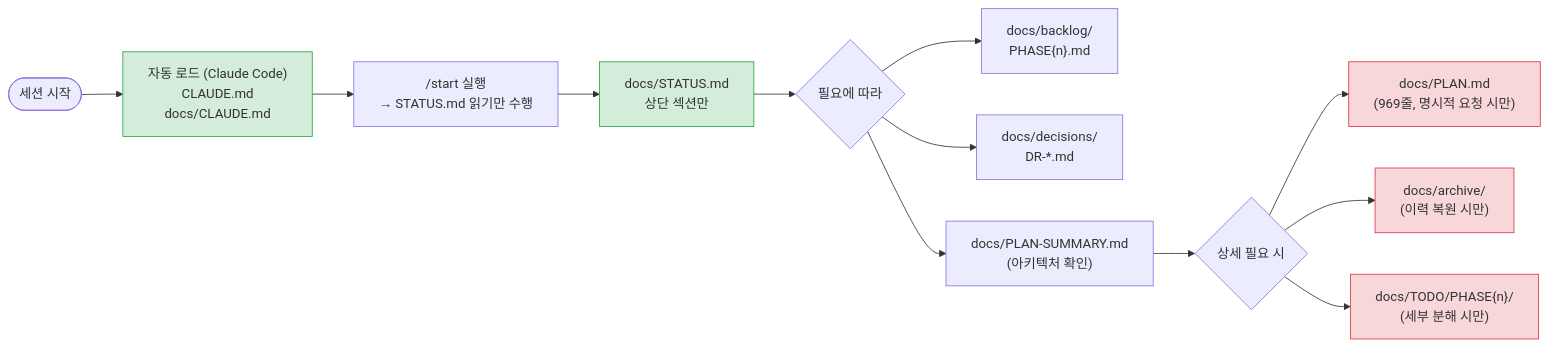
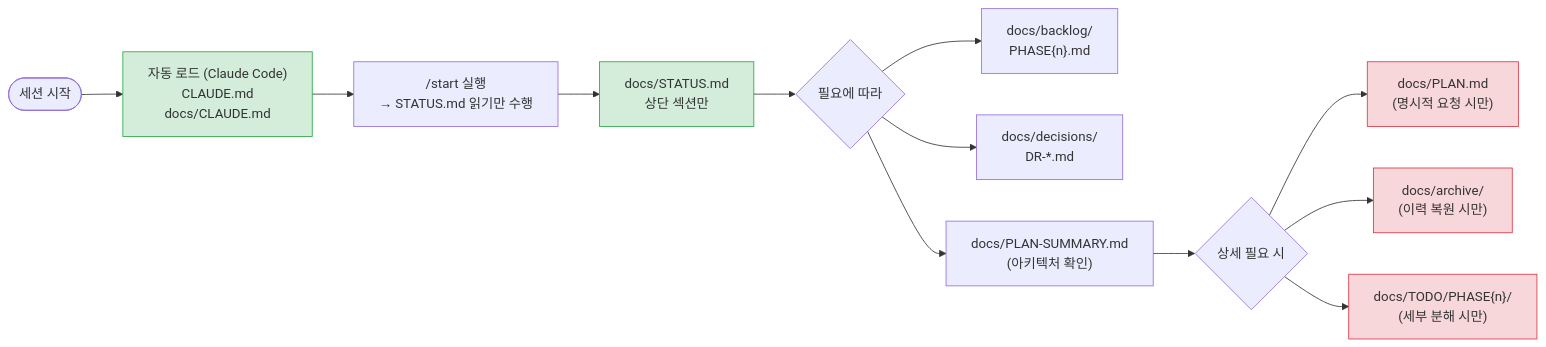
One commit to kyungseo/ai-workflow-harness changed the fifth of 6 diagrams in docs/WORKFLOW-MANUAL.md. Above: the diagram before and after it, drawn with Mermaid. The commit also changed other lines of this file, not shown here.

First line of the commit message:
docs: WORKFLOW-MANUAL.md 종합 보완 — 오류 수정, 누락 내용 추가, 문서 생태계 다이어그램

````diff
--- a/docs/WORKFLOW-MANUAL.md
+++ b/docs/WORKFLOW-MANUAL.md
@@ -309,20 +396,20 @@
 ```mermaid
 flowchart LR
     SESSION([세션 시작]) --> AUTO["자동 로드 (Claude Code)\nCLAUDE.md\ndocs/CLAUDE.md"]
     AUTO --> CMD["/start 실행\n→ STATUS.md 읽기만 수행"]
     CMD --> STATUS["docs/STATUS.md\n상단 섹션만"]
     STATUS --> NEED{필요에 따라}
     NEED --> BACKLOG["docs/backlog/\nPHASE{n}.md"]
     NEED --> DECISIONS["docs/decisions/\nDR-*.md"]
     NEED --> PLAN_S["docs/PLAN-SUMMARY.md\n(아키텍처 확인)"]
     PLAN_S --> ON_DEMAND{상세 필요 시}
-    ON_DEMAND --> PLAN["docs/PLAN.md\n(969줄, 명시적 요청 시만)"]
+    ON_DEMAND --> PLAN["docs/PLAN.md\n(명시적 요청 시만)"]
     ON_DEMAND --> ARCHIVE["docs/archive/\n(이력 복원 시만)"]
     ON_DEMAND --> TODO["docs/TODO/PHASE{n}/\n(세부 분해 시만)"]
 
     style AUTO fill:#d4edda,stroke:#28a745
     style STATUS fill:#d4edda,stroke:#28a745
     style PLAN fill:#f8d7da,stroke:#dc3545
     style ARCHIVE fill:#f8d7da,stroke:#dc3545
     style TODO fill:#f8d7da,stroke:#dc3545
 ```
````
